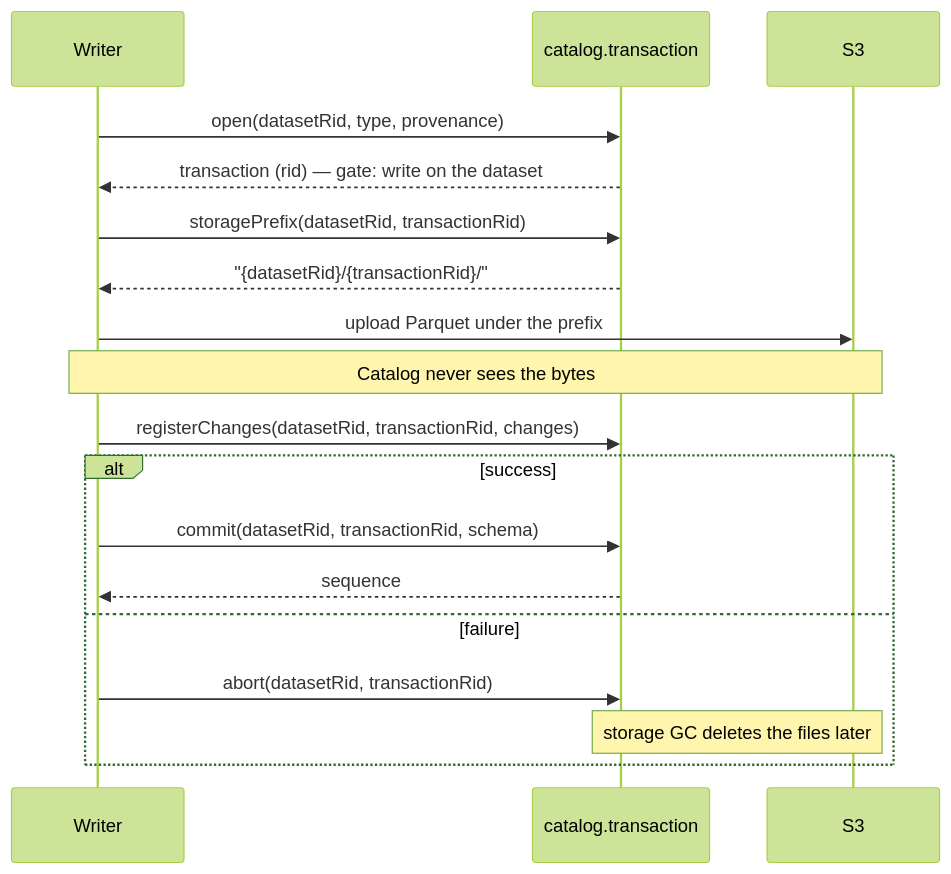
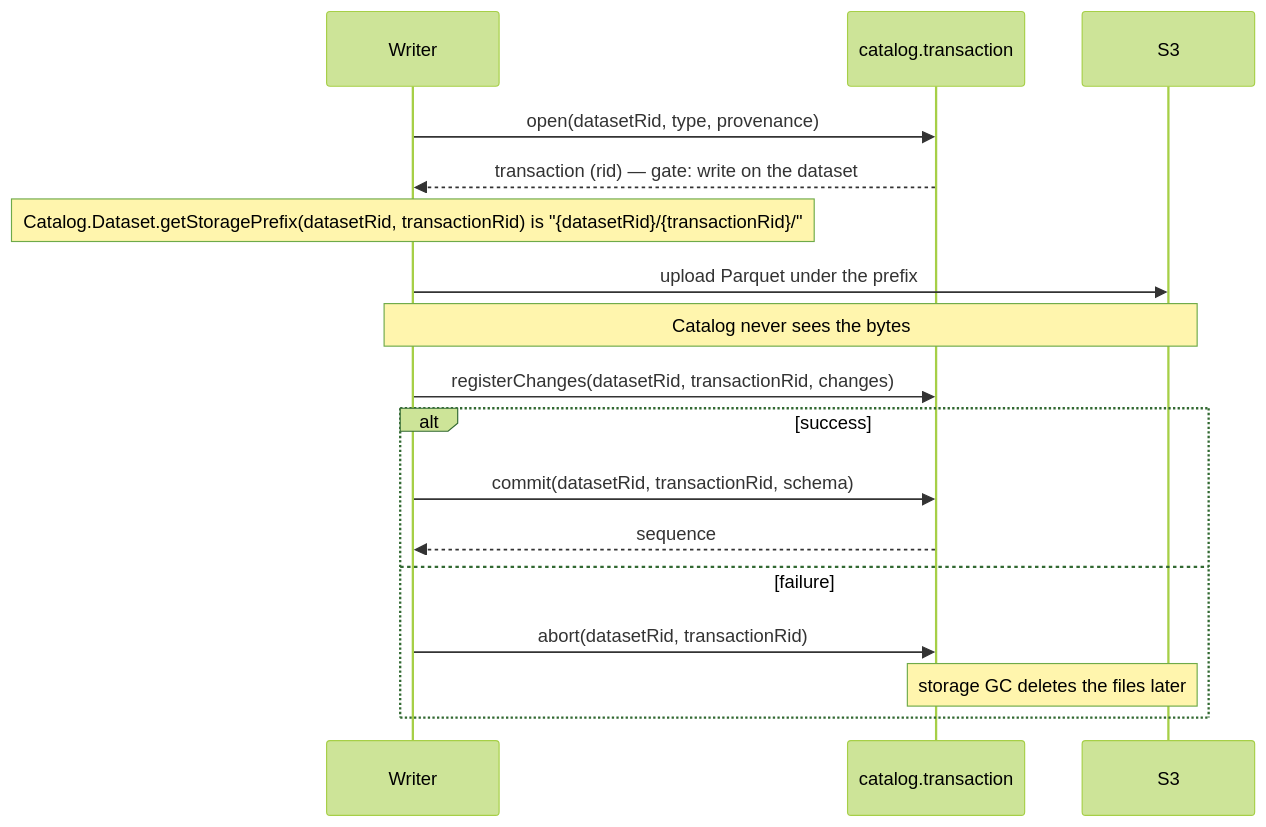
One commit to RolandTeslaru/Quarry changed the second of 2 diagrams in docs/design/catalog.md. Above: the diagram before and after it, drawn with Mermaid (forest theme). The commit also changed other lines of this file and 38 other files, not shown here.

````diff
--- a/docs/design/catalog.md
+++ b/docs/design/catalog.md
@@ -113,21 +113,20 @@
 ```mermaid
 sequenceDiagram
     participant W as Writer
     participant T as catalog.transaction
     participant S3
 
     W->>T: open(datasetRid, type, provenance)
     T-->>W: transaction (rid) — gate: write on the dataset
-    W->>T: storagePrefix(datasetRid, transactionRid)
-    T-->>W: "{datasetRid}/{transactionRid}/"
+    Note over W: Catalog.Dataset.getStoragePrefix(datasetRid, transactionRid) is "{datasetRid}/{transactionRid}/"
     W->>S3: upload Parquet under the prefix
     Note over W,S3: Catalog never sees the bytes
     W->>T: registerChanges(datasetRid, transactionRid, changes)
     alt success
         W->>T: commit(datasetRid, transactionRid, schema)
         T-->>W: sequence
     else failure
         W->>T: abort(datasetRid, transactionRid)
         Note over T,S3: storage GC deletes the files later
     end
 ```
````
